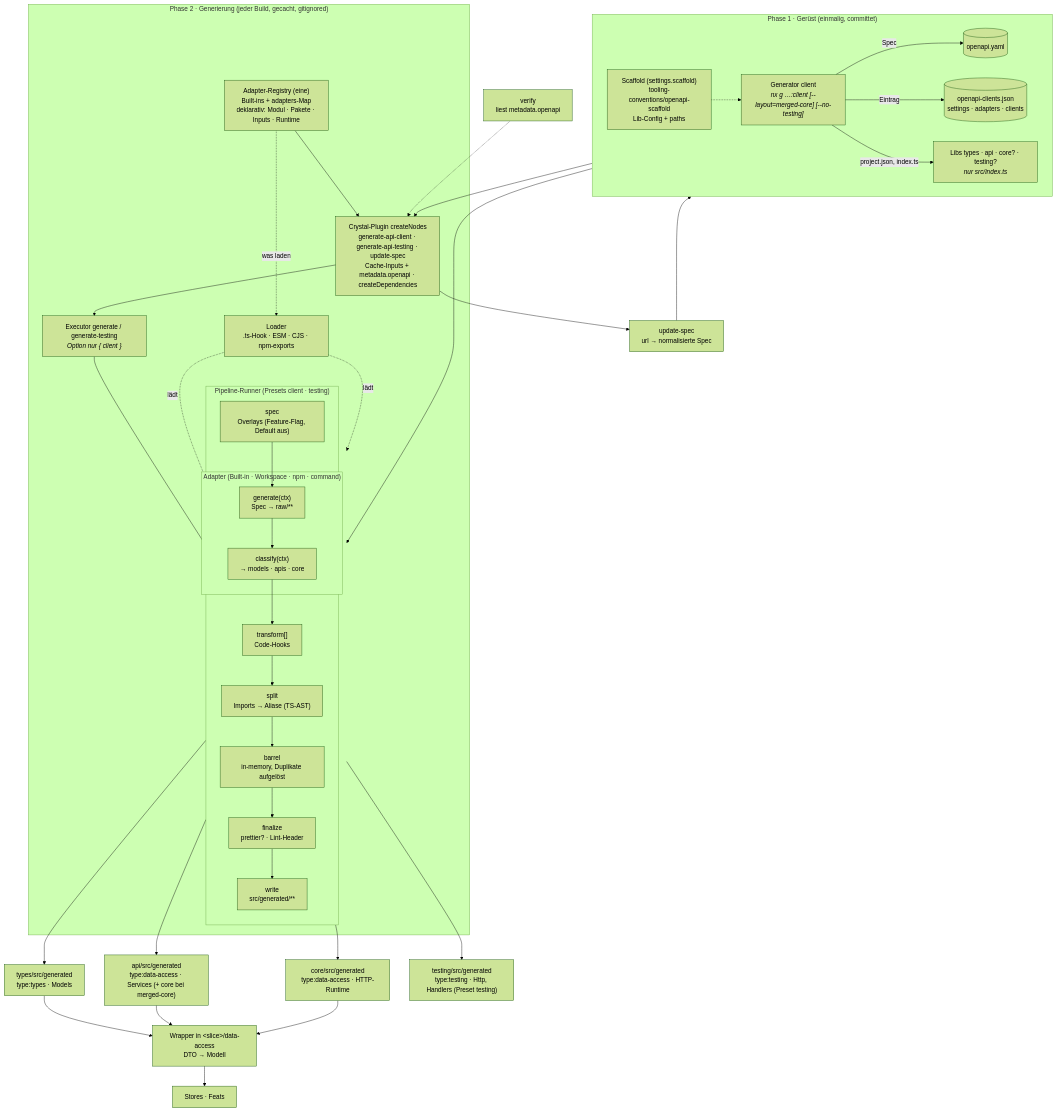
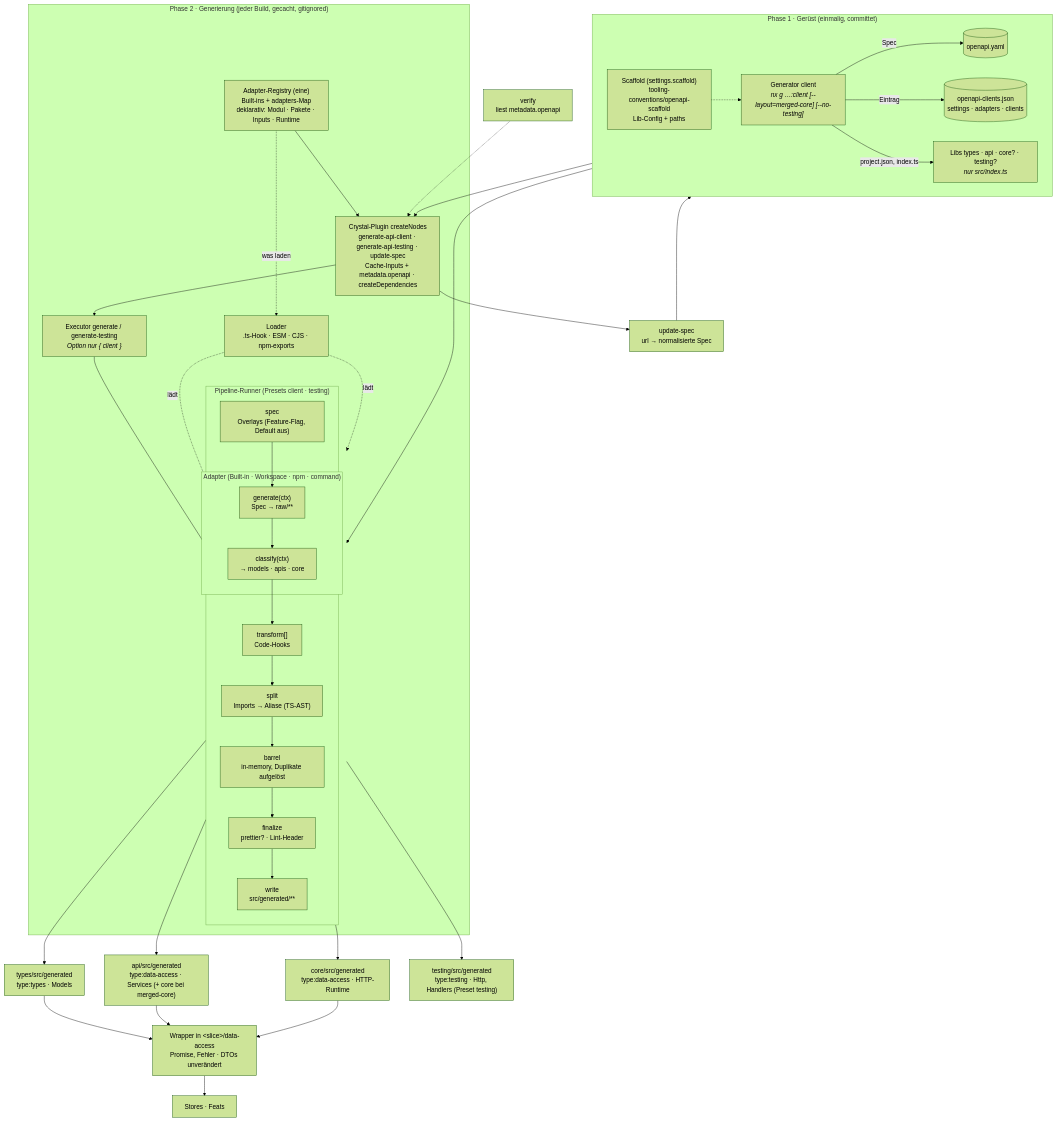
One commit to michaelbe812/mo-transfer changed the diagram in docs/nx-umsetzung.md. Above: the diagram before and after it, drawn with Mermaid (forest theme). The commit also changed other lines of this file and 54 other files, not shown here.

````diff
--- a/docs/nx-umsetzung.md
+++ b/docs/nx-umsetzung.md
@@ -439,50 +439,50 @@
 ```mermaid
 flowchart TB
   subgraph P1["Phase 1 · Gerüst (einmalig, committet)"]
     direction LR
     G["Generator client<br/><i>nx g …:client [--layout=merged-core] [--no-testing]</i>"]
     G -->|Spec| SPEC[("openapi.yaml")]
     G -->|Eintrag| REG[("openapi-clients.json<br/>settings · adapters · clients")]
     G -->|"project.json, index.ts"| LIBS["Libs types · api · core? · testing?<br/><i>nur src/index.ts</i>"]
     SCAF["Scaffold (settings.scaffold)<br/>tooling-conventions/openapi-scaffold<br/>Lib-Config + paths"] -.-> G
   end
 
   subgraph P2["Phase 2 · Generierung (jeder Build, gecacht, gitignored)"]
     PLUGIN["Crystal-Plugin createNodes<br/>generate-api-client · generate-api-testing · update-spec<br/>Cache-Inputs + metadata.openapi · createDependencies"]
     ADREG["Adapter-Registry (eine)<br/>Built-ins + adapters-Map<br/>deklarativ: Modul · Pakete · Inputs · Runtime"]
     EXEC["Executor generate / generate-testing<br/><i>Option nur { client }</i>"]
     subgraph RUNNER["Pipeline-Runner (Presets client · testing)"]
       direction TB
       SP["spec<br/>Overlays (Feature-Flag, Default aus)"]
       subgraph ADAPTER["Adapter (Built-in · Workspace · npm · command)"]
         GEN["generate(ctx)<br/>Spec → raw/**"]
         CLS["classify(ctx)<br/>→ models · apis · core"]
       end
       TR["transform[]<br/>Code-Hooks"]
       SPLIT["split<br/>Imports → Aliase (TS-AST)"]
       BAR["barrel<br/>in-memory, Duplikate aufgelöst"]
       FIN["finalize<br/>prettier? · Lint-Header"]
       WR["write<br/>src/generated/**"]
       SP --> GEN --> CLS --> TR --> SPLIT --> BAR --> FIN --> WR
     end
     LOADER["Loader<br/>.ts-Hook · ESM · CJS · npm-exports"]
   end
 
   REG --> PLUGIN
   ADREG --> PLUGIN
   PLUGIN --> EXEC --> SP
   ADREG -. was laden .-> LOADER -. lädt .-> GEN
   LOADER -. lädt .-> TR
   SPEC --> SP
 
   WR --> T["types/src/generated<br/>type:types · Models"]
   WR --> A["api/src/generated<br/>type:data-access · Services (+ core bei merged-core)"]
   WR --> C["core/src/generated<br/>type:data-access · HTTP-Runtime"]
   WR --> TS["testing/src/generated<br/>type:testing · Http, Handlers (Preset testing)"]
-  T & A & C --> DA["Wrapper in &lt;slice&gt;/data-access<br/>DTO → Modell"]
+  T & A & C --> DA["Wrapper in &lt;slice&gt;/data-access<br/>Promise, Fehler · DTOs unverändert"]
   DA --> FE["Stores · Feats"]
 
   UPD["update-spec<br/>url → normalisierte Spec"] --> SPEC
   PLUGIN --> UPD
   VER["verify<br/>liest metadata.openapi"] -.-> PLUGIN
 ```
````
